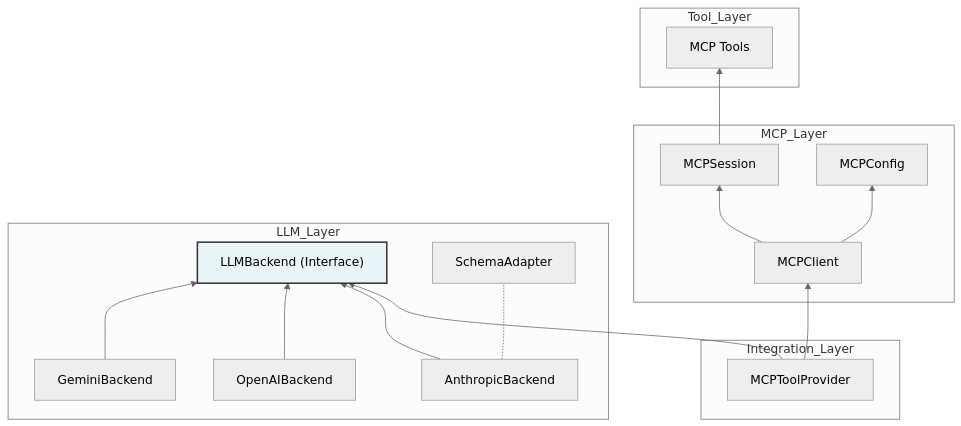
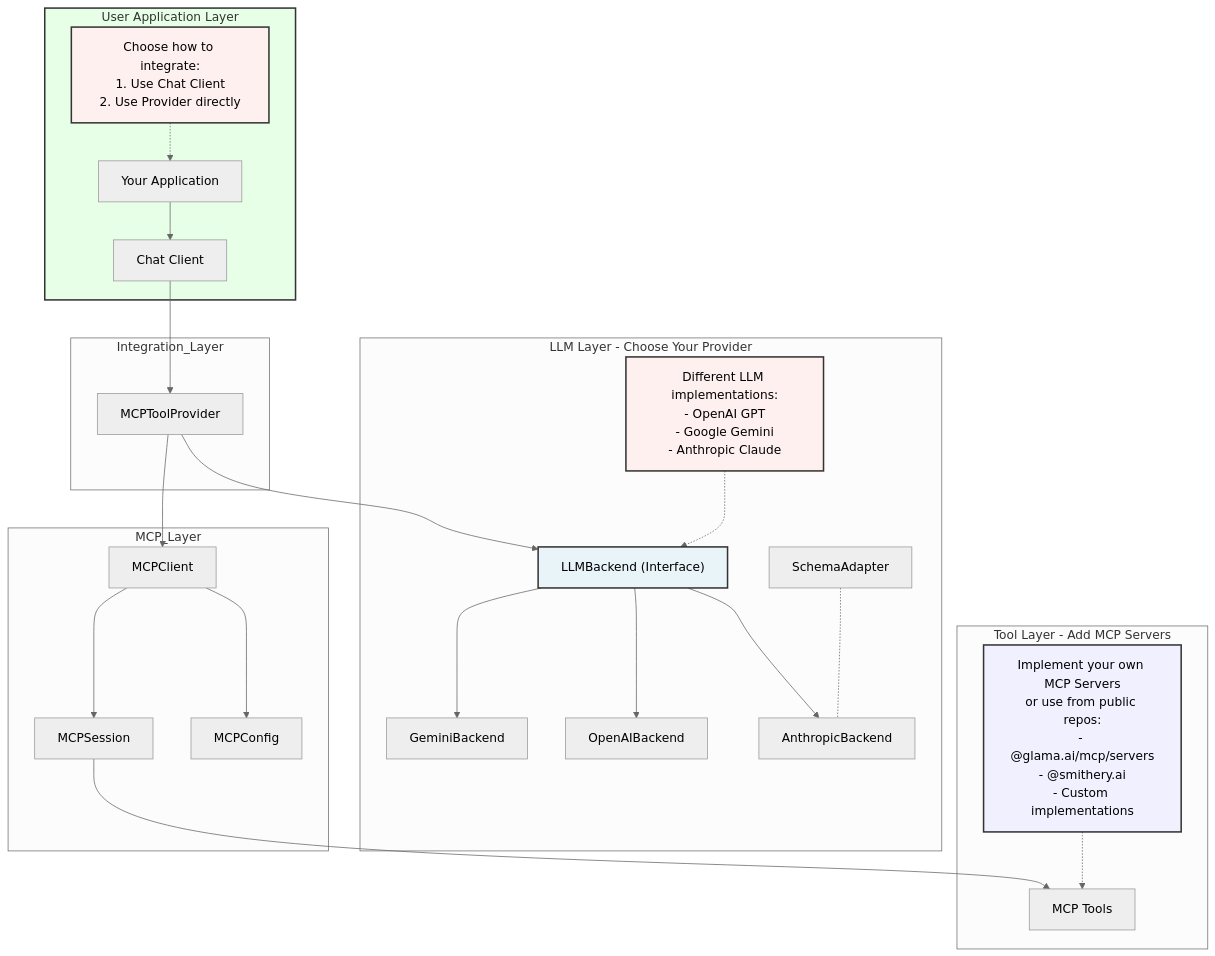
The first of 3 diagrams in docs/architecture.md (beanone/agentical), drawn with Mermaid (neutral theme) before and after one commit.

Commit message:
Updated diagram

````diff
--- a/docs/architecture.md
+++ b/docs/architecture.md
@@ -9,37 +9,60 @@
 ```mermaid
-graph BT
+graph TD
+    subgraph Application_Layer[User Application Layer]
+        App[Your Application]
+        Chat[Chat Client]
+        App --> Chat
+        note1[Choose how to integrate:<br/>1. Use Chat Client<br/>2. Use Provider directly]
+        note1 -.-> App
+    end
+
+    subgraph Integration_Layer
+        Provider[MCPToolProvider]
+        Chat --> Provider
+    end
+
     subgraph MCP_Layer
         MCP[MCPClient]
         Session[MCPSession]
         Config[MCPConfig]
         MCP --> Session
         MCP --> Config
+        Provider --> MCP
     end
 
-    subgraph LLM_Layer
-        LLMBackend["LLMBackend (Interface)"]:::interface
+    subgraph LLM_Layer[LLM Layer - Choose Your Provider]
+        LLMBackend["LLMBackend (Interface)"]
         Adapter[SchemaAdapter]
         
         Gemini[GeminiBackend]
         OpenAI[OpenAIBackend]
         Anthropic[AnthropicBackend]
         
-        Gemini --> LLMBackend
-        OpenAI --> LLMBackend
-        Anthropic --> LLMBackend
-        Anthropic -.- Adapter
+        LLMBackend --> Gemini
+        LLMBackend --> OpenAI
+        LLMBackend --> Anthropic
+        Adapter -.- Anthropic
+        Provider --> LLMBackend
+        
+        note2[Different LLM implementations:<br/>- OpenAI GPT<br/>- Google Gemini<br/>- Anthropic Claude]
+        note2 -.-> LLMBackend
     end
 
-    subgraph Integration_Layer
-        Provider[MCPToolProvider]
-        Provider --> MCP
-        Provider --> LLMBackend
+    subgraph Tool_Layer[Tool Layer - Add MCP Servers]
+        Tools[MCP Tools]
+        Session --> Tools
+        note3[Implement your own MCP Servers<br/>or use from public repos:<br/>- @glama.ai/mcp/servers<br/>- @smithery.ai<br/>- Custom implementations]
+        note3 -.-> Tools
     end
 
-    subgraph Tool_Layer
-        Tools[MCP Tools]
-        Session --> Tools
-    end
+    classDef interface fill:#e8f4f8,stroke:#333,stroke-width:2px
+    classDef userLayer fill:#e6ffe6,stroke:#333,stroke-width:2px
+    classDef note fill:#fff0f0,stroke:#333,stroke-width:2px
+    classDef toolNote fill:#f0f0ff,stroke:#333,stroke-width:2px
 
-    classDef interface fill:#e8f4f8,stroke:#333,stroke-width:2px;
+    class Application_Layer userLayer
+    class LLMBackend interface
+    class note1 note
+    class note2 note
+    class note3 toolNote
 ```
````
